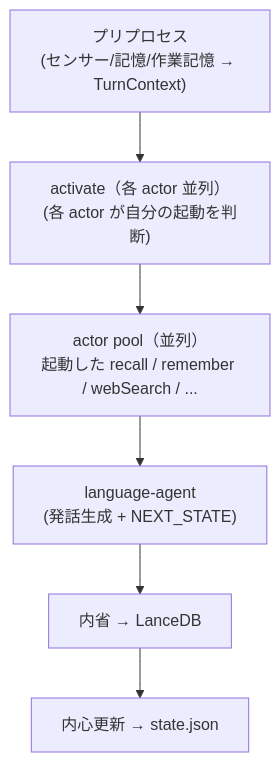
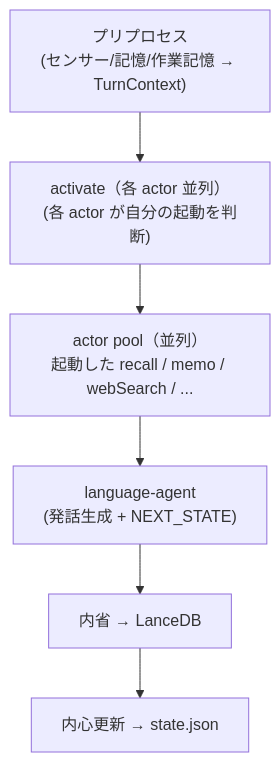
The diagram in docs/ACTION-DESIGN.md (haruneko/local-bot), drawn with Mermaid before and after one commit. The commit also changed other lines of this file and 64 other files, not shown here.

````diff
--- a/docs/ACTION-DESIGN.md
+++ b/docs/ACTION-DESIGN.md
@@ -33,8 +33,8 @@
 ```mermaid
 flowchart TD
     Input["プリプロセス<br/>(センサー/記憶/作業記憶 → TurnContext)"] --> Act["activate（各 actor 並列）<br/>(各 actor が自分の起動を判断)"]
-    Act --> Pool["actor pool（並列）<br/>起動した recall / remember / webSearch / ..."]
+    Act --> Pool["actor pool（並列）<br/>起動した recall / memo / webSearch / ..."]
     Pool --> Lang["language-agent<br/>(発話生成 + NEXT_STATE)"]
     Lang --> Intro["内省 → LanceDB"]
     Intro --> Inner["内心更新 → state.json"]
 ```
````
